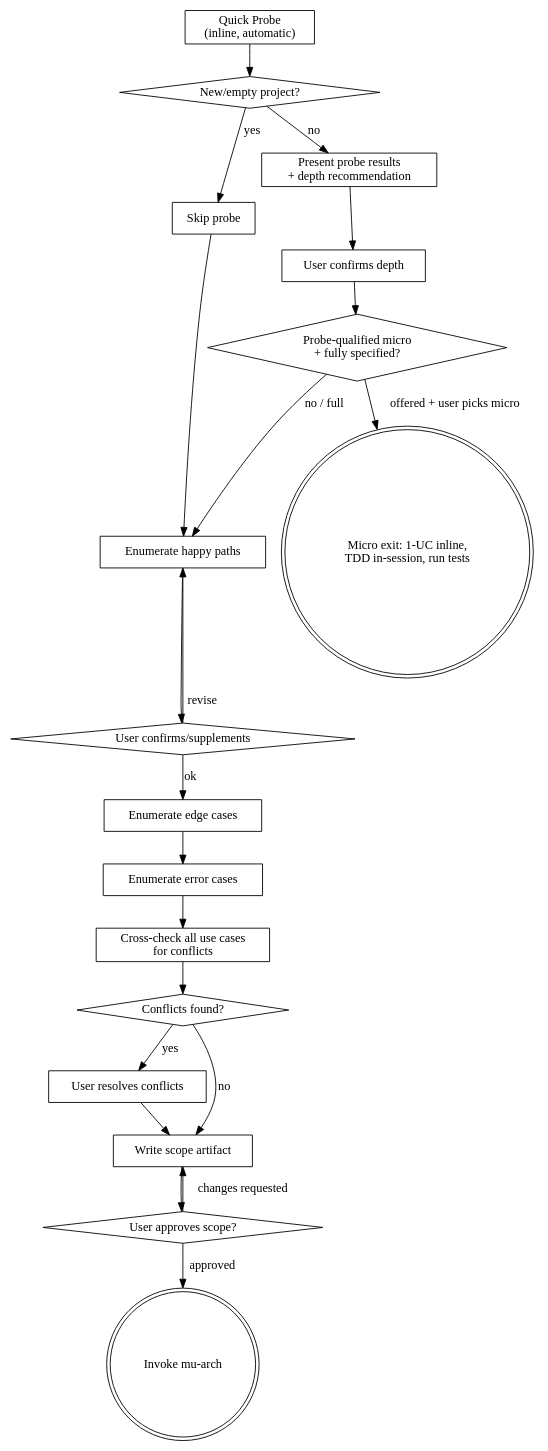
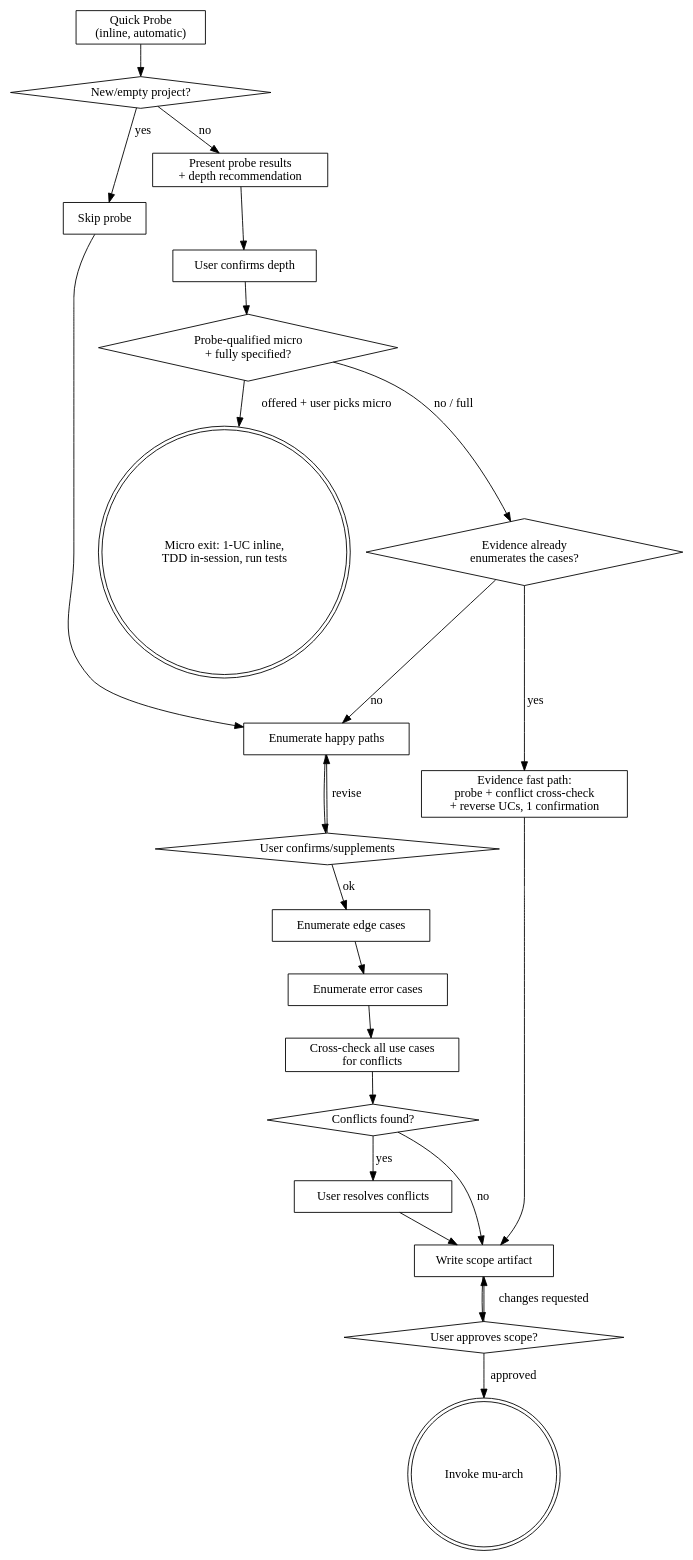
One commit to knotmark-ai/devmuse changed the diagram in skills/mu-scope/SKILL.md. Above: the diagram before and after it, drawn with Graphviz. The commit also changed other lines of this file and 1 other file, not shown here.

Commit message:
fix: stitch two seams both live regression runs flagged independently
- bootstrap: Instruction Priority now carries its WHAT-not-HOW
  counterweight inline (the two blocks sat ~135 lines apart — the seam
  most likely to open if either is edited alone).
- mu-scope: flowchart gains the evidence-fast-path branch (prose led,
  diagram lagged); one line under the HARD-GATE points sequence
  substitutions at the Pipeline Graph while pinning that UC approval is
  never agent-waivable.

First four live headless regression runs: 19/19 criteria PASS, no
regression vs simulated baselines ($4.23 total).

````diff
--- a/skills/mu-scope/SKILL.md
+++ b/skills/mu-scope/SKILL.md
@@ -33,42 +35,47 @@
 ```dot
 digraph mu_scope {
     "Quick Probe\n(inline, automatic)" [shape=box];
     "New/empty project?" [shape=diamond];
     "Skip probe" [shape=box];
     "Present probe results\n+ depth recommendation" [shape=box];
     "User confirms depth" [shape=box];
     "Enumerate happy paths" [shape=box];
     "User confirms/supplements" [shape=diamond];
     "Enumerate edge cases" [shape=box];
     "Enumerate error cases" [shape=box];
     "Cross-check all use cases\nfor conflicts" [shape=box];
     "Conflicts found?" [shape=diamond];
     "User resolves conflicts" [shape=box];
     "Write scope artifact" [shape=box];
     "User approves scope?" [shape=diamond];
     "Invoke mu-arch" [shape=doublecircle];
 
     "Quick Probe\n(inline, automatic)" -> "New/empty project?";
     "New/empty project?" -> "Skip probe" [label="yes"];
     "New/empty project?" -> "Present probe results\n+ depth recommendation" [label="no"];
     "Skip probe" -> "Enumerate happy paths";
     "Present probe results\n+ depth recommendation" -> "User confirms depth";
     "User confirms depth" -> "Probe-qualified micro\n+ fully specified?" ;
     "Probe-qualified micro\n+ fully specified?" [shape=diamond];
     "Micro exit: 1-UC inline,\nTDD in-session, run tests" [shape=doublecircle];
     "Probe-qualified micro\n+ fully specified?" -> "Micro exit: 1-UC inline,\nTDD in-session, run tests" [label="offered + user picks micro"];
-    "Probe-qualified micro\n+ fully specified?" -> "Enumerate happy paths" [label="no / full"];
+    "Evidence already\nenumerates the cases?" [shape=diamond];
+    "Evidence fast path:\nprobe + conflict cross-check\n+ reverse UCs, 1 confirmation" [shape=box];
+    "Probe-qualified micro\n+ fully specified?" -> "Evidence already\nenumerates the cases?" [label="no / full"];
+    "Evidence already\nenumerates the cases?" -> "Evidence fast path:\nprobe + conflict cross-check\n+ reverse UCs, 1 confirmation" [label="yes"];
+    "Evidence already\nenumerates the cases?" -> "Enumerate happy paths" [label="no"];
+    "Evidence fast path:\nprobe + conflict cross-check\n+ reverse UCs, 1 confirmation" -> "Write scope artifact";
     "Enumerate happy paths" -> "User confirms/supplements";
     "User confirms/supplements" -> "Enumerate edge cases" [label="ok"];
     "User confirms/supplements" -> "Enumerate happy paths" [label="revise"];
     "Enumerate edge cases" -> "Enumerate error cases";
     "Enumerate error cases" -> "Cross-check all use cases\nfor conflicts";
     "Cross-check all use cases\nfor conflicts" -> "Conflicts found?";
     "Conflicts found?" -> "User resolves conflicts" [label="yes"];
     "Conflicts found?" -> "Write scope artifact" [label="no"];
     "User resolves conflicts" -> "Write scope artifact";
     "Write scope artifact" -> "User approves scope?";
     "User approves scope?" -> "Write scope artifact" [label="changes requested"];
     "User approves scope?" -> "Invoke mu-arch" [label="approved"];
 }
 ```
````
